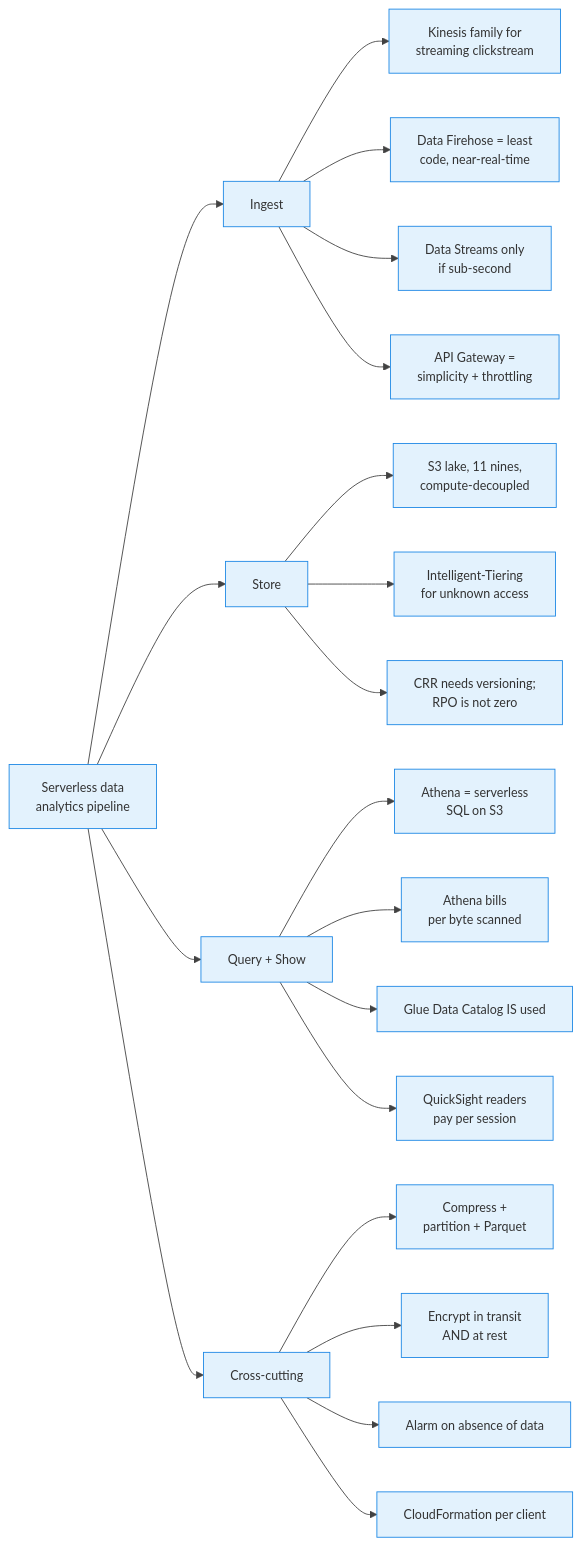
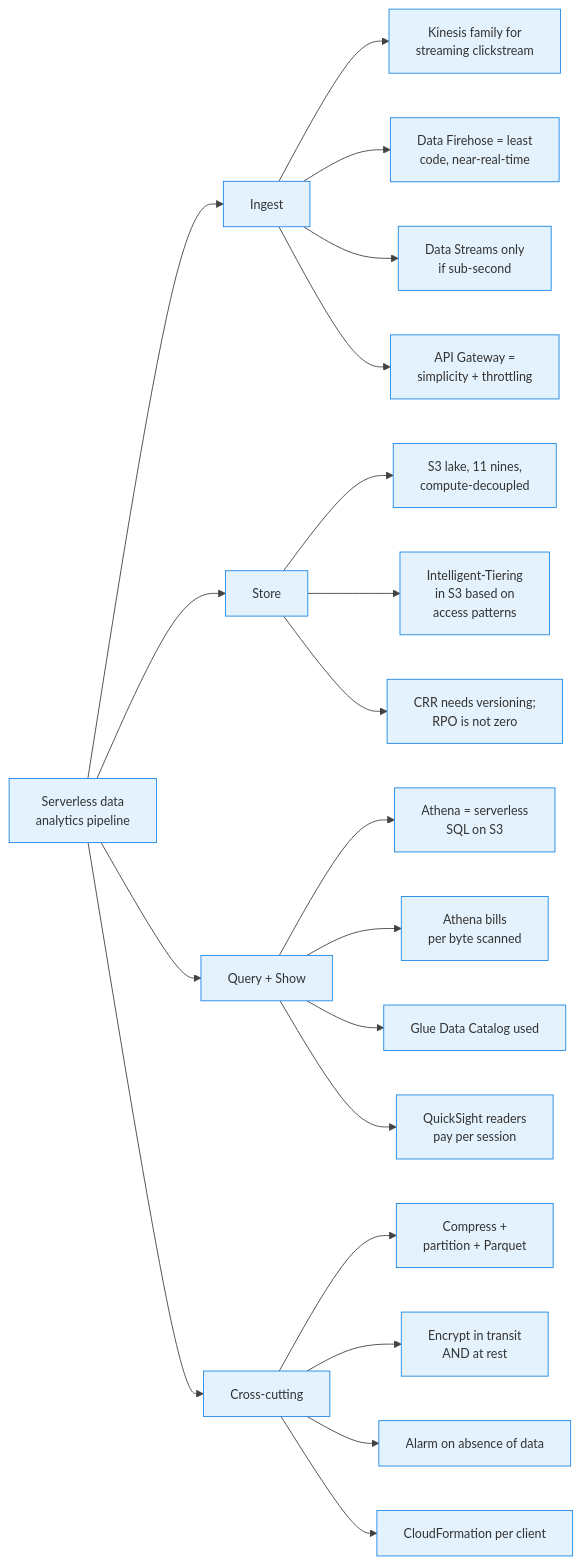
Diagram 16 of 16 in aws_cloud_technical_essentials_book/11-serverless-data-analytics.qmd (senthilkumarm1901/learn_by_blogging), drawn with Mermaid before and after one commit. The commit also changed other lines of this file and 4 other files, not shown here.

Commit message:
edited architect cheatsheet

````diff
--- a/aws_cloud_technical_essentials_book/11-serverless-data-analytics.qmd
+++ b/aws_cloud_technical_essentials_book/11-serverless-data-analytics.qmd
@@ -516,28 +521,28 @@
 ```{mermaid}
 %%{init: {'theme': 'base', 'themeVariables': {'primaryColor': '#E3F2FD', 'primaryBorderColor': '#1E88E5', 'lineColor': '#424242', 'fontSize': '14px'}}}%%
 flowchart LR
     ROOT["Serverless data<br>analytics pipeline"]
 
     ROOT --> I["Ingest"]
     I --> I1["Kinesis family for<br>streaming clickstream"]
     I --> I2["Data Firehose = least<br>code, near-real-time"]
     I --> I3["Data Streams only<br>if sub-second"]
     I --> I4["API Gateway =<br>simplicity + throttling"]
 
     ROOT --> S["Store"]
     S --> S1["S3 lake, 11 nines,<br>compute-decoupled"]
-    S --> S2["Intelligent-Tiering<br>for unknown access"]
+    S --> S2["Intelligent-Tiering<br>in S3 based on<br>access patterns"]
     S --> S3["CRR needs versioning;<br>RPO is not zero"]
 
     ROOT --> Q["Query + Show"]
     Q --> Q1["Athena = serverless<br>SQL on S3"]
     Q --> Q2["Athena bills<br>per byte scanned"]
-    Q --> Q3["Glue Data Catalog IS used"]
+    Q --> Q3["Glue Data Catalog used"]
     Q --> Q4["QuickSight readers<br>pay per session"]
 
     ROOT --> X["Cross-cutting"]
     X --> X1["Compress +<br>partition + Parquet"]
     X --> X2["Encrypt in transit<br>AND at rest"]
     X --> X3["Alarm on absence of data"]
     X --> X4["CloudFormation per client"]
 ```
````
